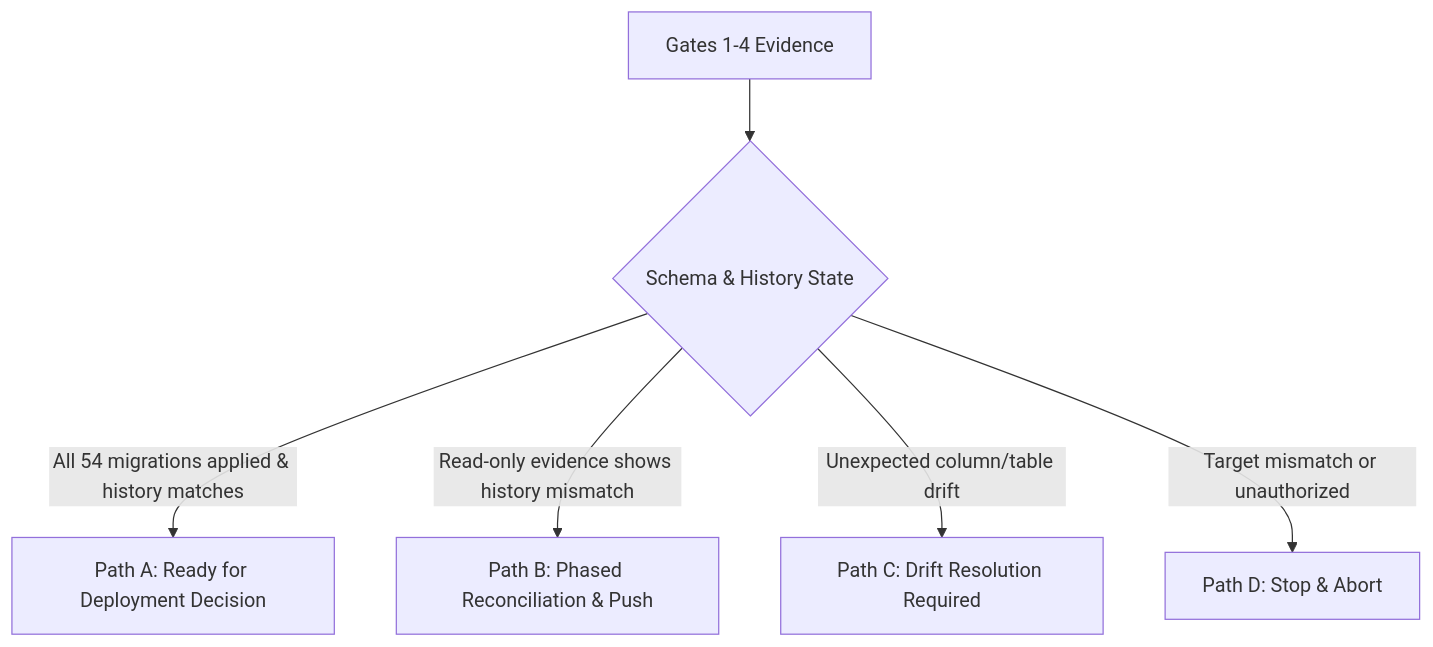
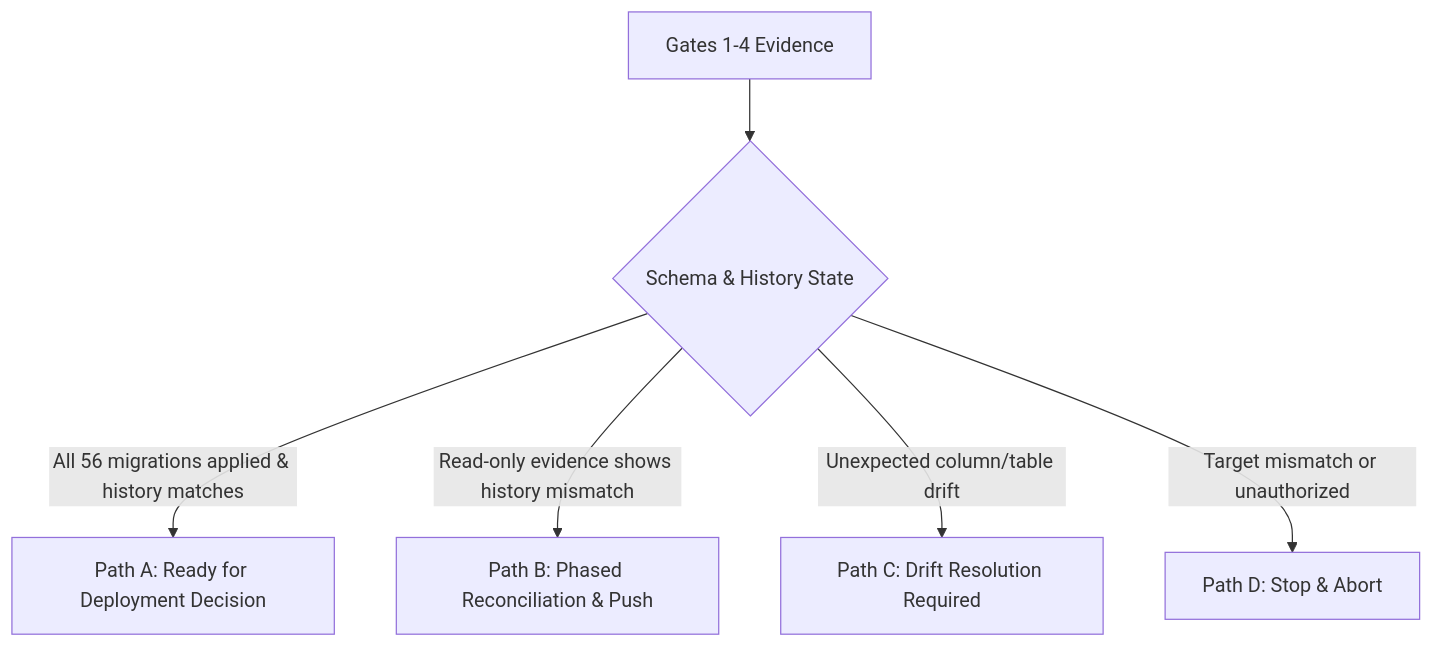
Before and after one commit to acmis1/capstone-impact-platform: the diagram in infra/supabase/staging-reconciliation-runbook.md, drawn with Mermaid. The commit also changed other lines of this file and 88 other files, not shown here.

````diff
--- a/infra/supabase/staging-reconciliation-runbook.md
+++ b/infra/supabase/staging-reconciliation-runbook.md
@@ -239,8 +241,8 @@
 ```mermaid
 flowchart TD
     G[Gates 1-4 Evidence] --> C{Schema & History State}
-    C -->|All 54 migrations applied & history matches| PA[Path A: Ready for Deployment Decision]
+    C -->|All 56 migrations applied & history matches| PA[Path A: Ready for Deployment Decision]
     C -->|Read-only evidence shows history mismatch| PB[Path B: Phased Reconciliation & Push]
     C -->|Unexpected column/table drift| PC[Path C: Drift Resolution Required]
     C -->|Target mismatch or unauthorized| PD[Path D: Stop & Abort]
 ```
````
